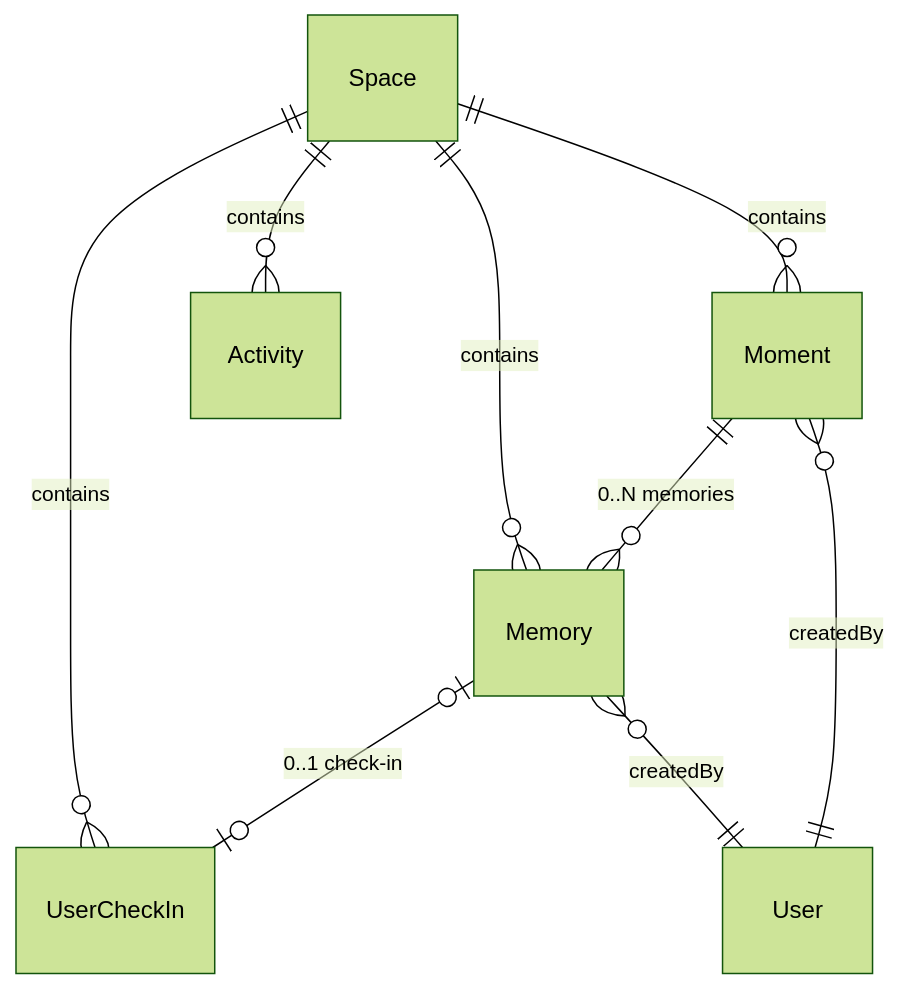
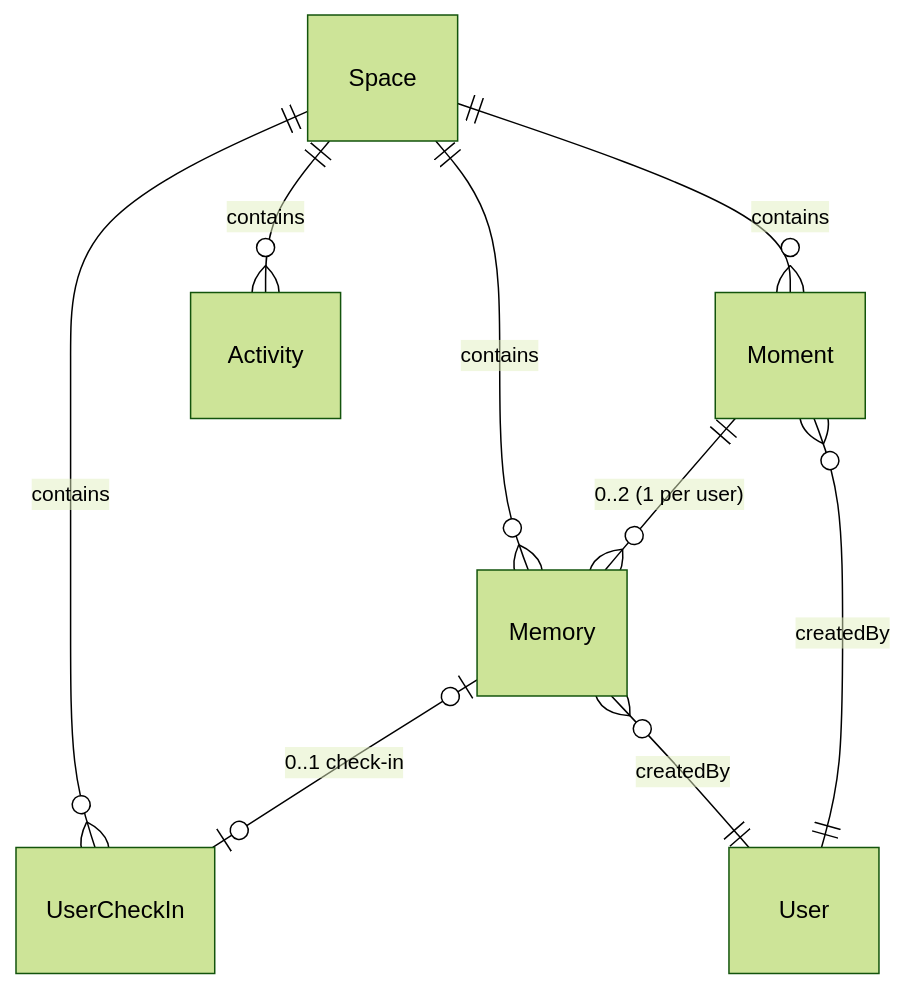
One commit to Ainesh/cocoon changed the third of 4 diagrams in docs/requirements/TDD-001-memories.md. Above: the diagram before and after it, drawn with Mermaid (forest theme). The commit also changed other lines of this file and 17 other files, not shown here.

````diff
--- a/docs/requirements/TDD-001-memories.md
+++ b/docs/requirements/TDD-001-memories.md
@@ -275,11 +384,11 @@
 ```mermaid
 erDiagram
     Space ||--o{ Moment : "contains"
     Space ||--o{ Memory : "contains"
     Space ||--o{ UserCheckIn : "contains"
     Space ||--o{ Activity : "contains"
-    Moment ||--o{ Memory : "0..N memories"
+    Moment ||--o{ Memory : "0..2 (1 per user)"
     Memory |o--o| UserCheckIn : "0..1 check-in"
     Memory }o--|| User : "createdBy"
     Moment }o--|| User : "createdBy"
 ```
````
